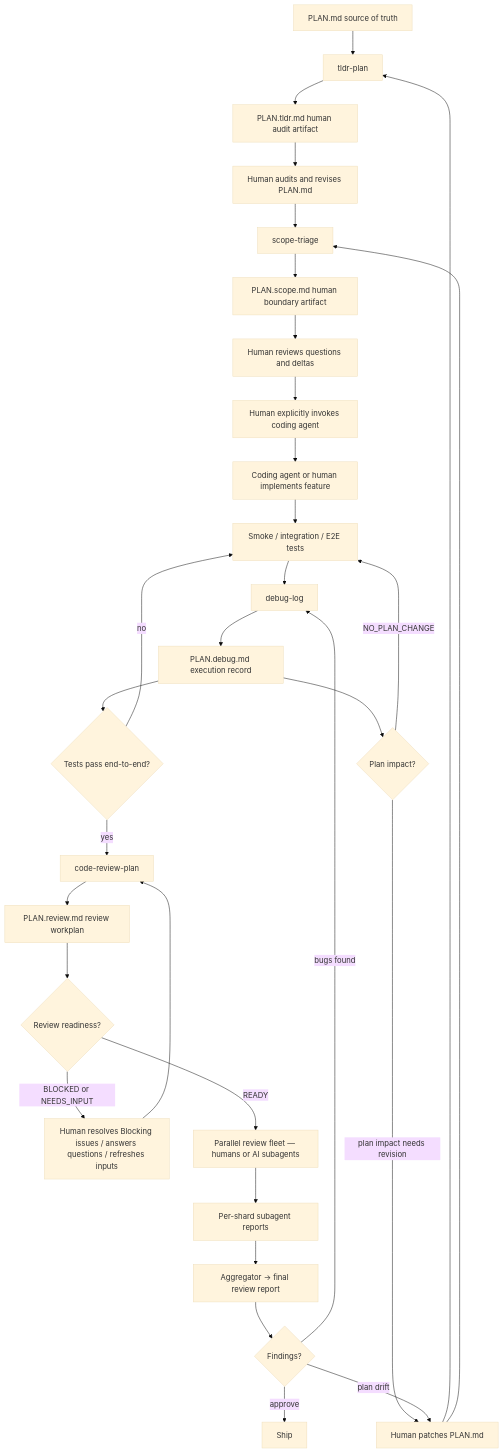
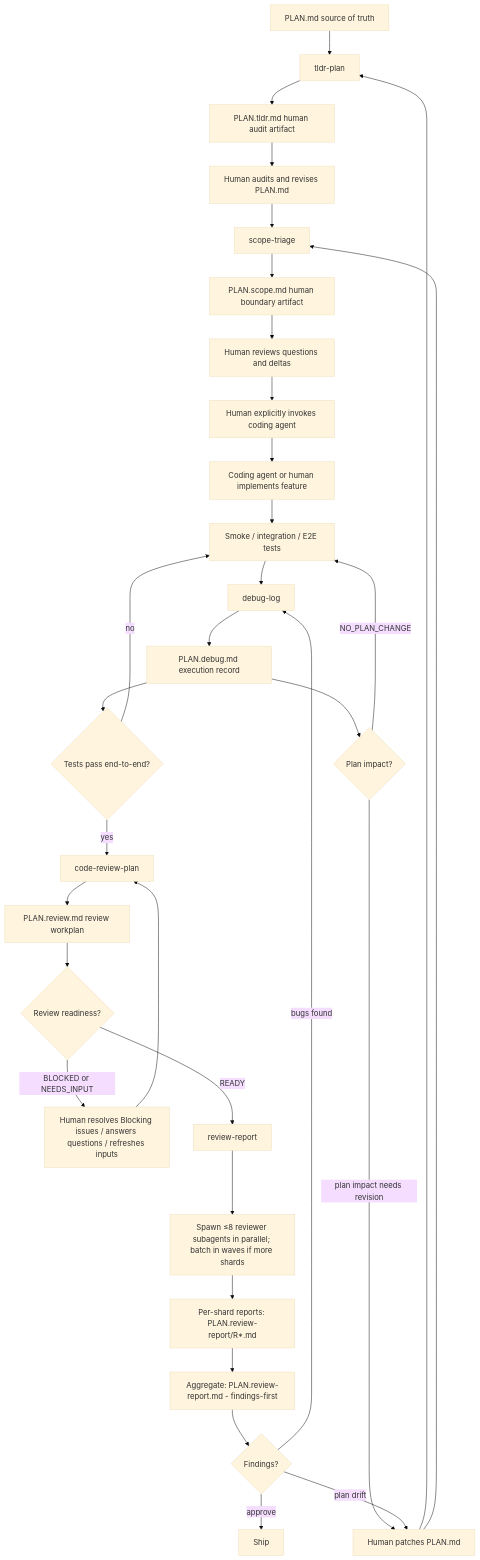
The diagram in skills/README.md (taoluo/claude-skills), drawn with Mermaid (base theme) before and after one commit. The commit also changed other lines of this file and 10 other files, not shown here.

First line of the commit message:
docs(skills): add review-report — parallel reviewer fanout + findings aggregation

````diff
--- a/skills/README.md
+++ b/skills/README.md
@@ -18,33 +19,34 @@
 ```mermaid
 flowchart TD
   P[PLAN.md source of truth] --> T[tldr-plan]
   T --> TLDR[PLAN.tldr.md human audit artifact]
   TLDR --> H1[Human audits and revises PLAN.md]
   H1 --> S[scope-triage]
   S --> SC[PLAN.scope.md human boundary artifact]
   SC --> H2[Human reviews questions and deltas]
   H2 --> A[Human explicitly invokes coding agent]
   A --> AGENT[Coding agent or human implements feature]
   AGENT --> SMK[Smoke / integration / E2E tests]
   SMK --> DBG[debug-log]
   DBG --> DBG_ART[PLAN.debug.md execution record]
   DBG_ART --> H3{Plan impact?}
   H3 -- NO_PLAN_CHANGE --> SMK
   H3 -- plan impact needs revision --> H4[Human patches PLAN.md]
   H4 --> T
   H4 --> S
   DBG_ART --> H_TEST{Tests pass end-to-end?}
   H_TEST -- no --> SMK
   H_TEST -- yes --> RP[code-review-plan]
   RP --> RP_ART[PLAN.review.md review workplan]
   RP_ART --> H_READY{Review readiness?}
   H_READY -- BLOCKED or NEEDS_INPUT --> RP_FIX[Human resolves Blocking issues / answers questions / refreshes inputs]
   RP_FIX --> RP
-  H_READY -- READY --> RV_FLEET[Parallel review fleet — humans or AI subagents]
-  RV_FLEET --> RV_REPORTS[Per-shard subagent reports]
-  RV_REPORTS --> AGG[Aggregator → final review report]
-  AGG --> H5{Findings?}
+  H_READY -- READY --> RR[review-report]
+  RR --> RR_FANOUT[Spawn ≤8 reviewer subagents in parallel; batch in waves if more shards]
+  RR_FANOUT --> RR_SIDECAR[Per-shard reports: PLAN.review-report/R*.md]
+  RR_SIDECAR --> RR_AGG[Aggregate: PLAN.review-report.md - findings-first]
+  RR_AGG --> H5{Findings?}
   H5 -- bugs found --> DBG
   H5 -- plan drift --> H4
   H5 -- approve --> SHIP[Ship]
 ```
````
